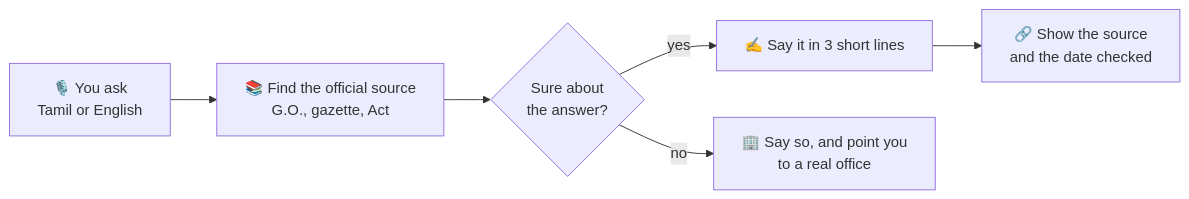
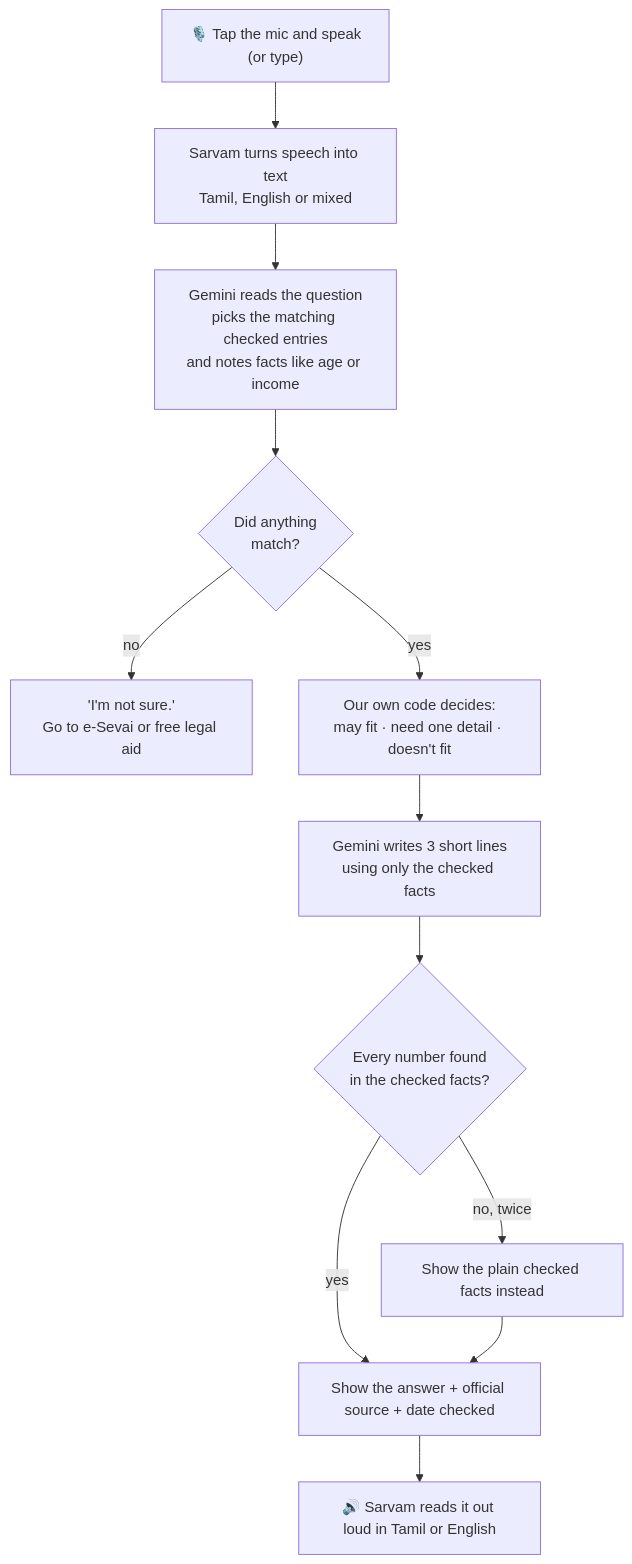
Before and after one commit to rmagdaleena2508-01/Sollu: the diagram in README.md, drawn with Mermaid. The commit also changed other lines of this file and 9 other files, not shown here.

````diff
--- a/README.md
+++ b/README.md
@@ -72,8 +86,14 @@
 ```mermaid
-flowchart LR
-    A["🎙️ You ask<br/>Tamil or English"] --> B["📚 Find the official source<br/>G.O., gazette, Act"]
-    B --> C{"Sure about<br/>the answer?"}
-    C -- yes --> D["✍️ Say it in 3 short lines"]
-    D --> E["🔗 Show the source<br/>and the date checked"]
-    C -- no --> F["🏢 Say so, and point you<br/>to a real office"]
+flowchart TD
+    A["🎙️ Tap the mic and speak<br/>(or type)"] --> B["Sarvam turns speech into text<br/>Tamil, English or mixed"]
+    B --> C["Gemini reads the question<br/>picks the matching checked entries<br/>and notes facts like age or income"]
+    C --> D{"Did anything<br/>match?"}
+    D -- no --> N["'I'm not sure.'<br/>Go to e-Sevai or free legal aid"]
+    D -- yes --> E["Our own code decides:<br/>may fit · need one detail · doesn't fit"]
+    E --> F["Gemini writes 3 short lines<br/>using only the checked facts"]
+    F --> G{"Every number found<br/>in the checked facts?"}
+    G -- no, twice --> H["Show the plain checked facts instead"]
+    G -- yes --> I["Show the answer + official source + date checked"]
+    H --> I
+    I --> J["🔊 Sarvam reads it out loud in Tamil or English"]
 ```
````
